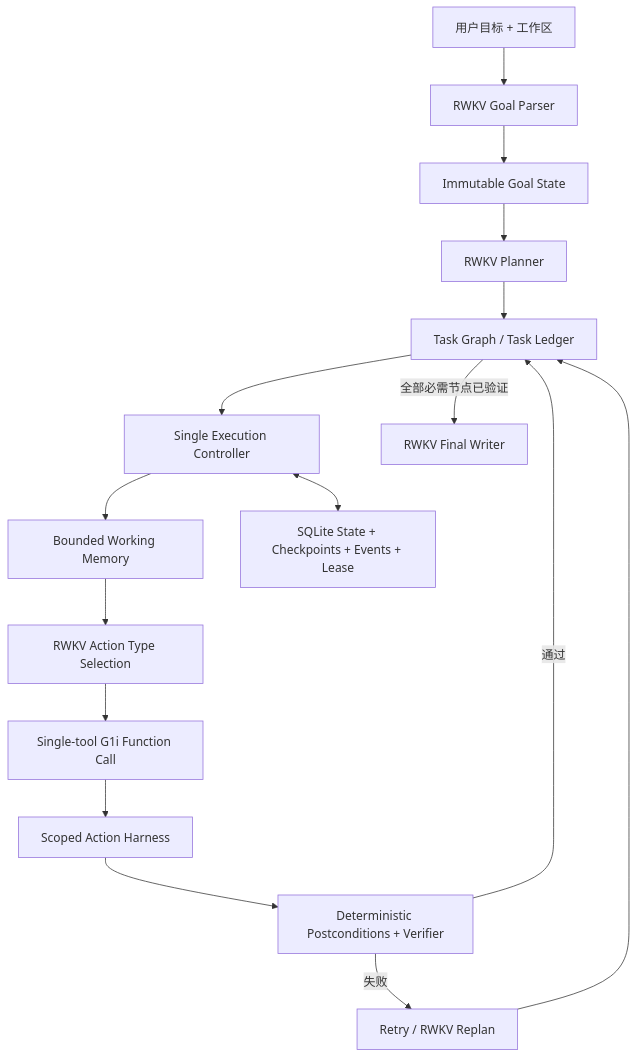
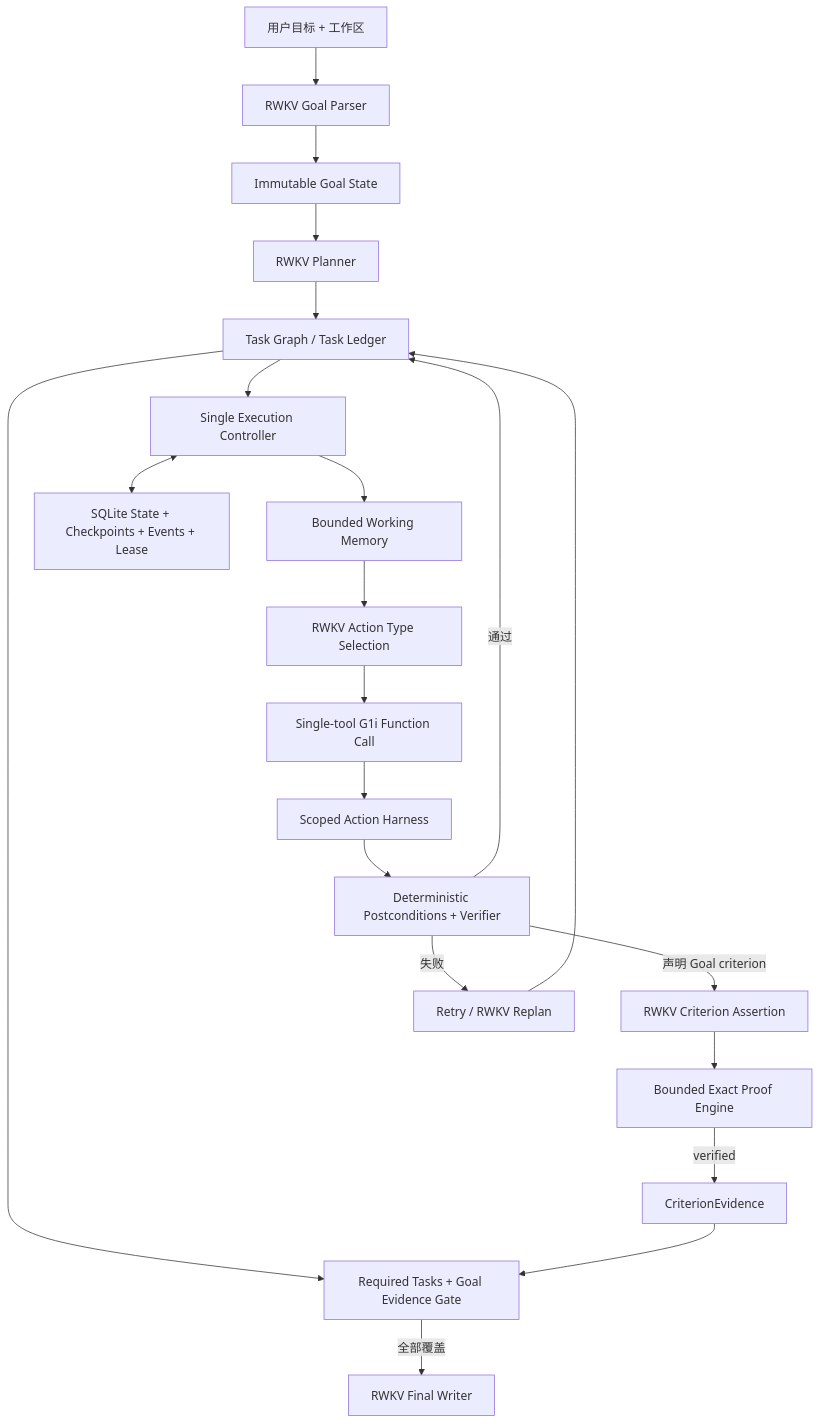
One commit to rwkv-rs/RWKV-LH changed the diagram in README.md. Above: the diagram before and after it, drawn with Mermaid. The commit also changed other lines of this file and 1080 other files, not shown here.

Commit message:
feat: checkpoint causal task architecture through Round24

````diff
--- a/README.md
+++ b/README.md
@@ -43,18 +106,23 @@
 ```mermaid
 flowchart TD
     U["用户目标 + 工作区"] --> G["RWKV Goal Parser"]
     G --> S["Immutable Goal State"]
     S --> P["RWKV Planner"]
     P --> T["Task Graph / Task Ledger"]
     T --> C["Single Execution Controller"]
     C --> M["Bounded Working Memory"]
     M --> A["RWKV Action Type Selection"]
     A --> FC["Single-tool G1i Function Call"]
     FC --> H["Scoped Action Harness"]
     H --> V["Deterministic Postconditions + Verifier"]
     V -->|"通过"| T
+    V -->|"声明 Goal criterion"| X["RWKV Criterion Assertion"]
+    X --> PE["Bounded Exact Proof Engine"]
+    PE -->|"verified"| E["CriterionEvidence"]
     V -->|"失败"| R["Retry / RWKV Replan"]
     R --> T
-    T -->|"全部必需节点已验证"| F["RWKV Final Writer"]
+    T --> GATE["Required Tasks + Goal Evidence Gate"]
+    E --> GATE
+    GATE -->|"全部覆盖"| F["RWKV Final Writer"]
     C <--> D["SQLite State + Checkpoints + Events + Lease"]
 ```
````
